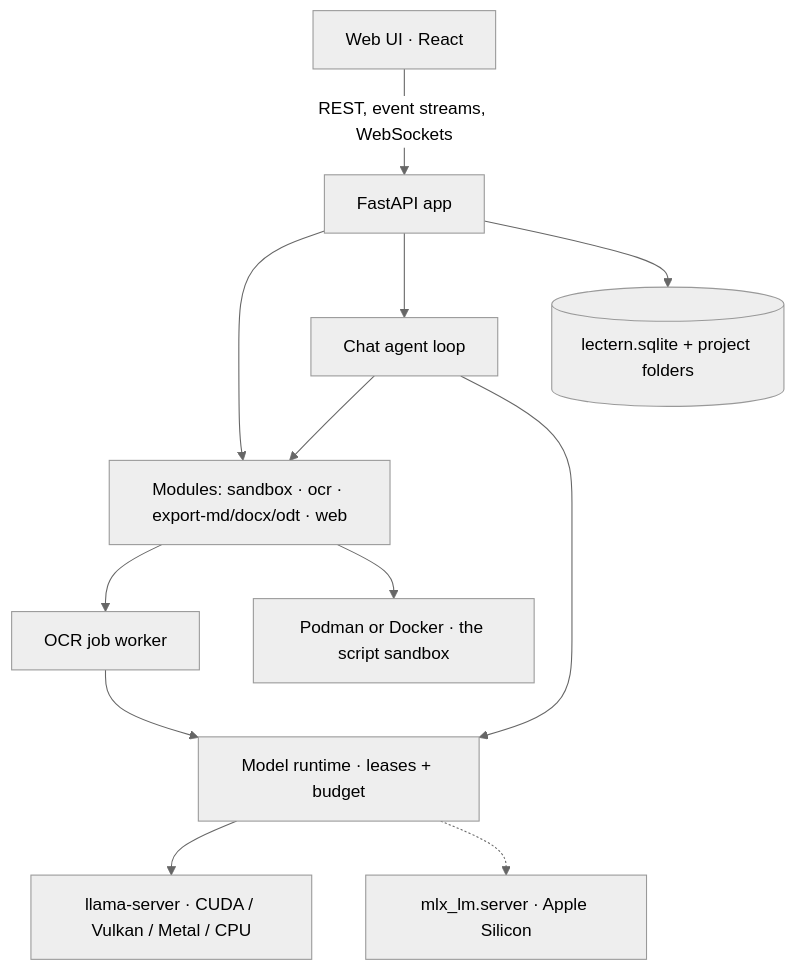
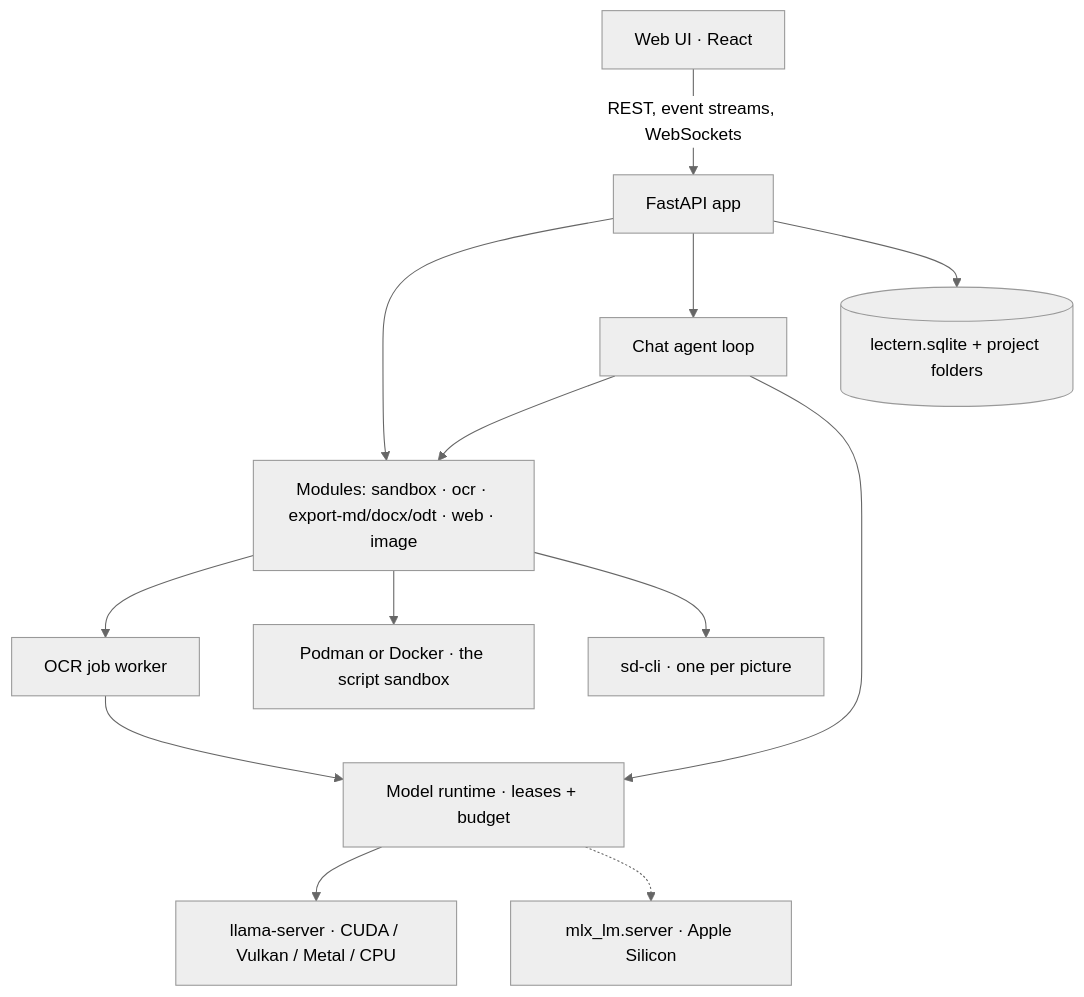
One commit to matasarei/lectern changed the diagram in docs/architecture.md. Above: the diagram before and after it, drawn with Mermaid (neutral theme). The commit also changed other lines of this file and 8 other files, not shown here.

````diff
--- a/docs/architecture.md
+++ b/docs/architecture.md
@@ -6,14 +6,15 @@
 ```mermaid
 flowchart TB
   UI["Web UI · React"] -- "REST, event streams, WebSockets" --> API["FastAPI app"]
-  API --> MODS["Modules: sandbox · ocr · export-md/docx/odt · web"]
+  API --> MODS["Modules: sandbox · ocr · export-md/docx/odt · web · image"]
   API --> AGENT["Chat agent loop"]
   AGENT --> MODS
   MODS --> OCRJOB["OCR job worker"]
   AGENT --> RT["Model runtime · leases + budget"]
   OCRJOB --> RT
   RT --> LS["llama-server · CUDA / Vulkan / Metal / CPU"]
   RT -.-> MLX["mlx_lm.server · Apple Silicon"]
   MODS --> BOX["Podman or Docker · the script sandbox"]
+  MODS --> SD["sd-cli · one per picture"]
   API --> DB[("lectern.sqlite + project folders")]
 ```
````
